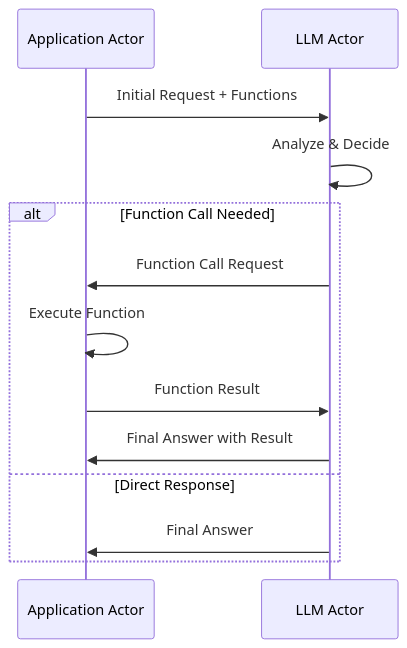
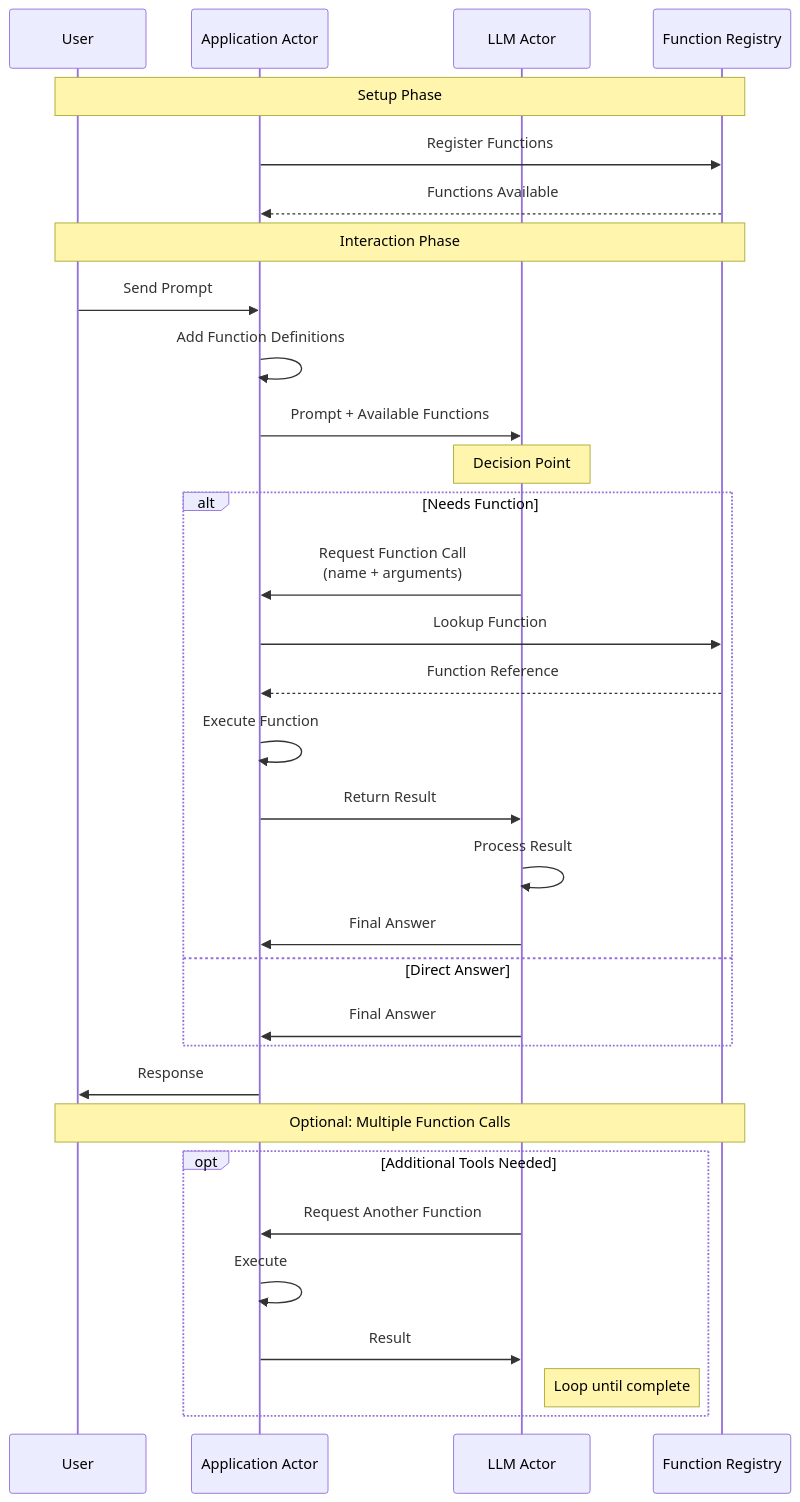
One commit to aygp-dr/llm-function-actors changed the diagram in README.org. Above: the diagram before and after it, drawn with Mermaid.

Commit message:
docs: add detailed sequence diagram with user and registry actors

```diff
--- a/README.org
+++ b/README.org
@@ -10,16 +10,39 @@
-#+begin_src mermaid :file actor-sequence.png :exports results
+#+begin_src mermaid :file llm-function-calling-flow.png :exports results
 sequenceDiagram
+    participant User
     participant App as Application Actor
     participant LLM as LLM Actor
+    participant Registry as Function Registry
     
-    App->>LLM: Initial Request + Functions
-    LLM->>LLM: Analyze & Decide
-    alt Function Call Needed
-        LLM->>App: Function Call Request
+    Note over User,Registry: Setup Phase
+    App->>Registry: Register Functions
+    Registry-->>App: Functions Available
+    
+    Note over User,Registry: Interaction Phase
+    User->>App: Send Prompt
+    App->>App: Add Function Definitions
+    App->>LLM: Prompt + Available Functions
+    
+    Note over LLM: Decision Point
+    alt Needs Function
+        LLM->>App: Request Function Call<br/>(name + arguments)
+        App->>Registry: Lookup Function
+        Registry-->>App: Function Reference
         App->>App: Execute Function
-        App->>LLM: Function Result
-        LLM->>App: Final Answer with Result
-    else Direct Response
+        App->>LLM: Return Result
+        LLM->>LLM: Process Result
+        LLM->>App: Final Answer
+    else Direct Answer
         LLM->>App: Final Answer
     end
+    
+    App->>User: Response
+    
+    Note over User,Registry: Optional: Multiple Function Calls
+    opt Additional Tools Needed
+        LLM->>App: Request Another Function
+        App->>App: Execute
+        App->>LLM: Result
+        Note right of LLM: Loop until complete
+    end
 #+end_src
```
